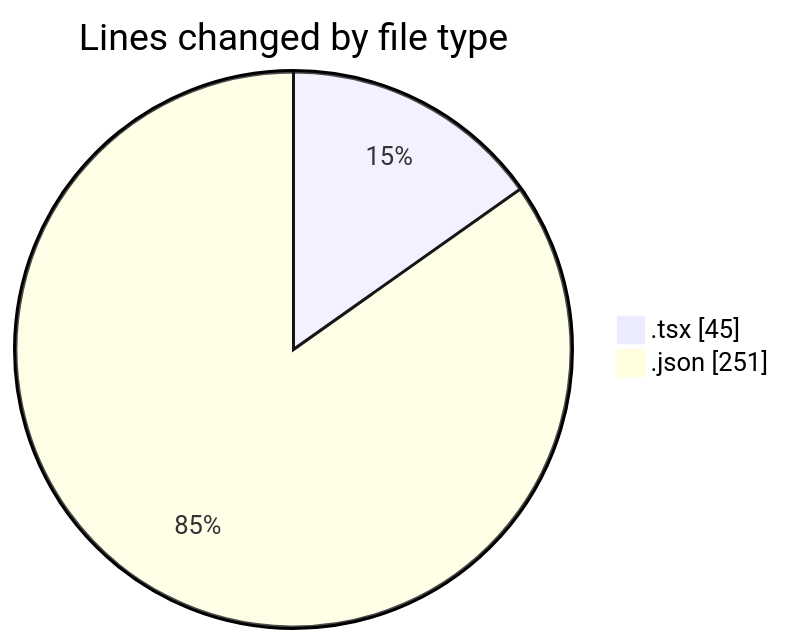
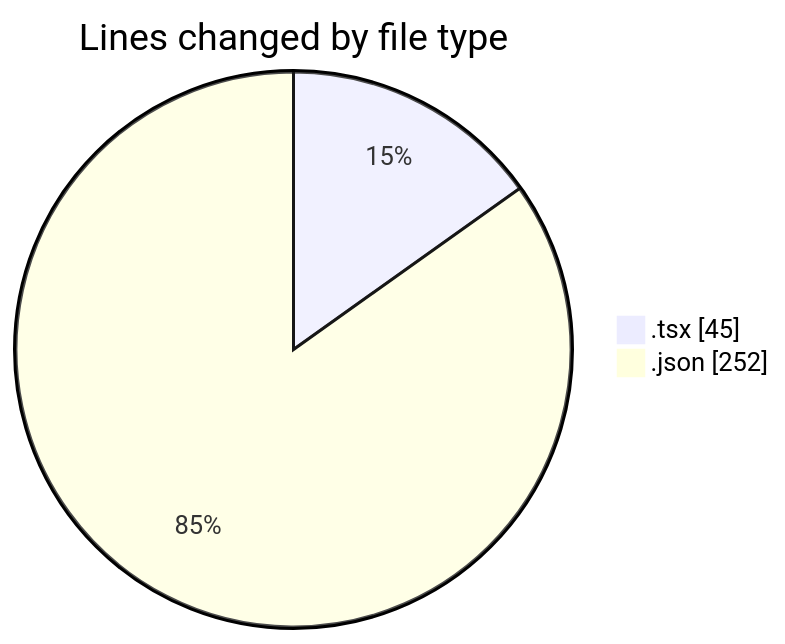
The first of 2 diagrams in 2026-04-14/cda/README.md (momahboobian/code-tracking), drawn with Mermaid before and after one commit. The commit also changed other lines of this file and 1 other file, not shown here.

````diff
--- a/2026-04-14/cda/README.md
+++ b/2026-04-14/cda/README.md
@@ -22,6 +22,6 @@
 ```mermaid
 pie showData
 title Lines changed by file type
 ".tsx" : 45
-".json" : 251
+".json" : 252
 ```
````
